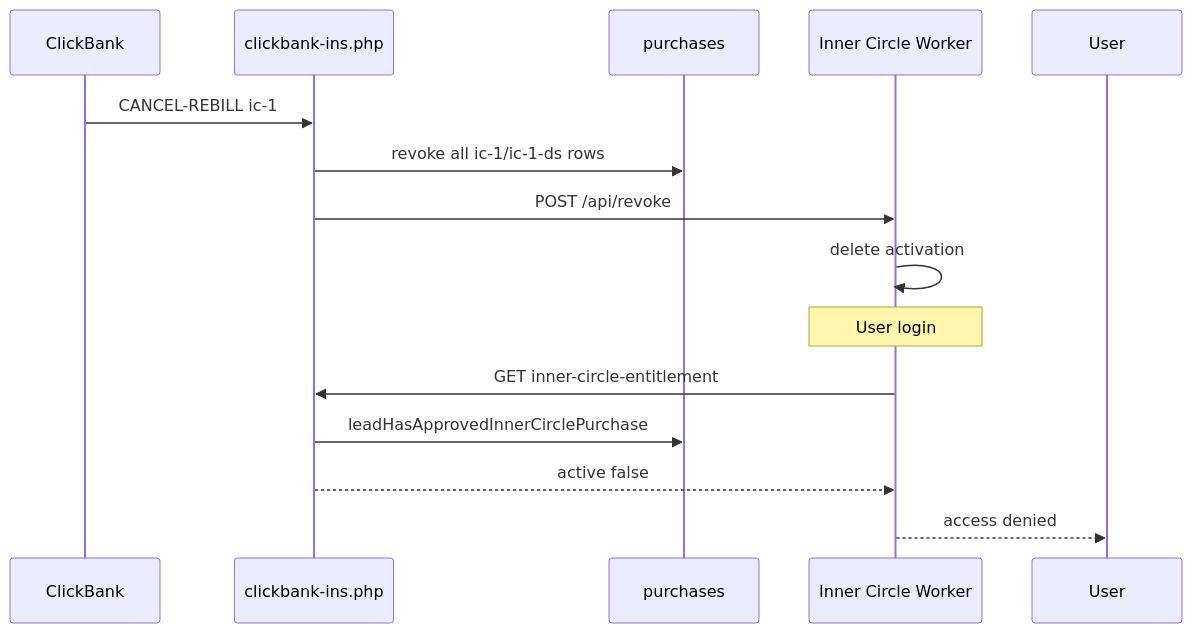
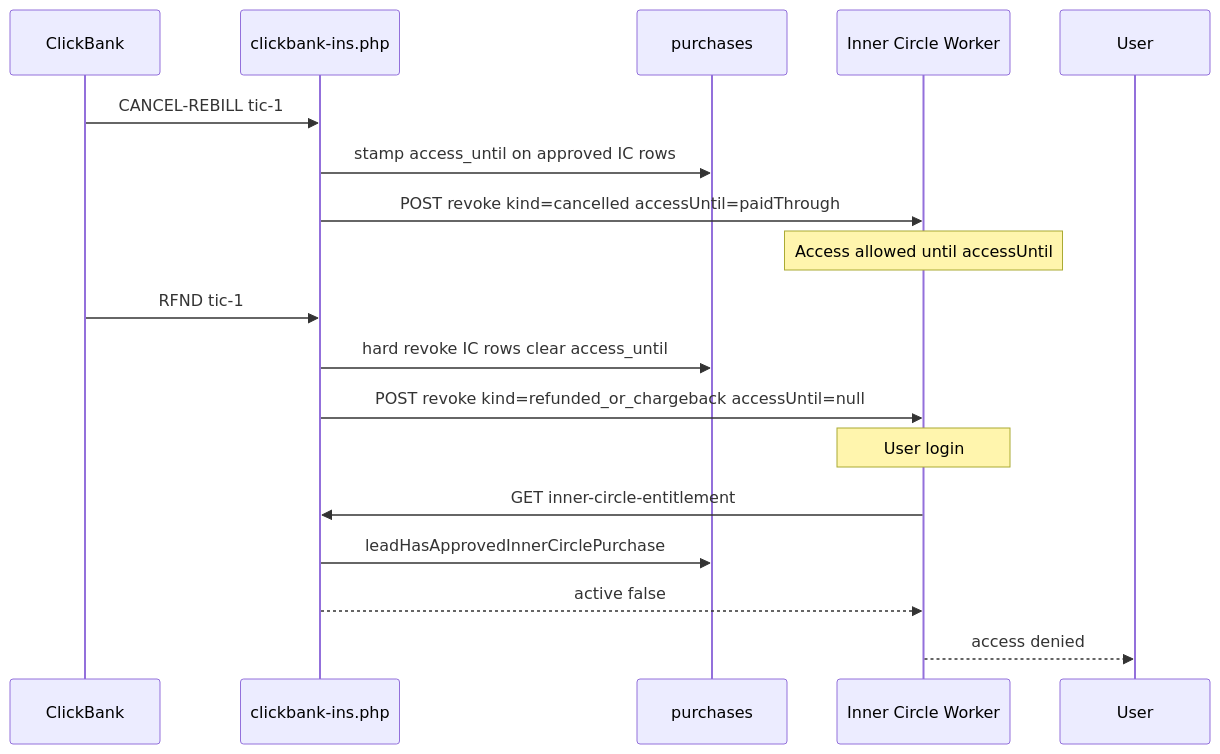
One commit to RickMerin/soul-mirror-reading changed the diagram in docs/inner-circle-worker-integration.md. Above: the diagram before and after it, drawn with Mermaid. The commit also changed other lines of this file and 3 other files, not shown here.

````diff
--- a/docs/inner-circle-worker-integration.md
+++ b/docs/inner-circle-worker-integration.md
@@ -107,17 +109,21 @@
 ```mermaid
 sequenceDiagram
   participant CB as ClickBank
   participant INS as clickbank-ins.php
   participant DB as purchases
   participant Worker as Inner Circle Worker
 
-  CB->>INS: CANCEL-REBILL ic-1
-  INS->>DB: revoke all ic-1/ic-1-ds rows
-  INS->>Worker: POST /api/revoke
-  Worker->>Worker: delete activation
+  CB->>INS: CANCEL-REBILL tic-1
+  INS->>DB: stamp access_until on approved IC rows
+  INS->>Worker: POST revoke kind=cancelled accessUntil=paidThrough
+  Note over Worker: Access allowed until accessUntil
+
+  CB->>INS: RFND tic-1
+  INS->>DB: hard revoke IC rows clear access_until
+  INS->>Worker: POST revoke kind=refunded_or_chargeback accessUntil=null
   Note over Worker: User login
   Worker->>INS: GET inner-circle-entitlement
   INS->>DB: leadHasApprovedInnerCirclePurchase
   INS-->>Worker: active false
   Worker-->>User: access denied
 ```
````
